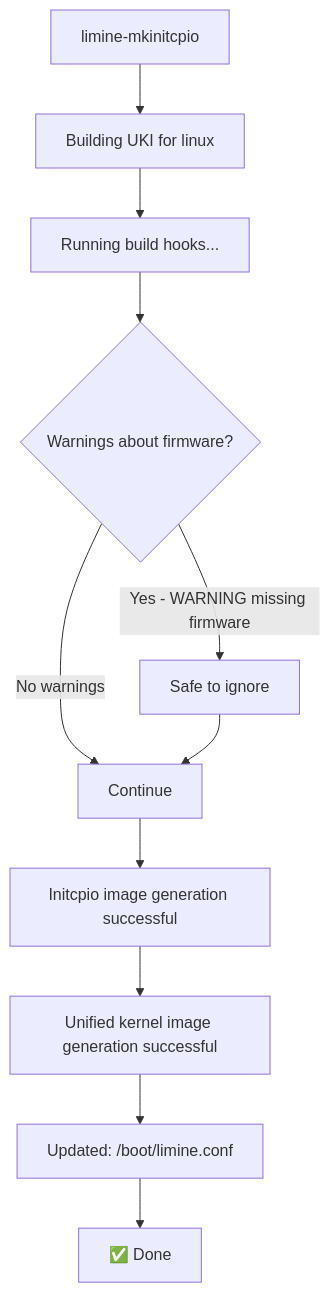
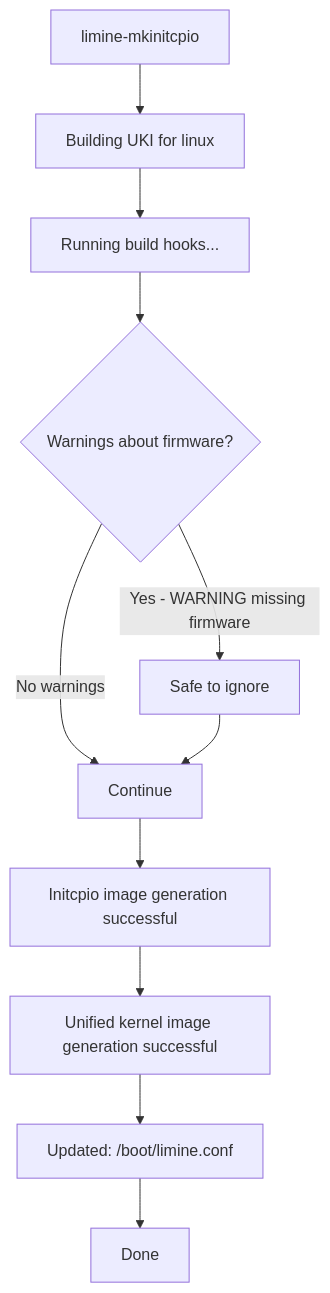
Before and after one commit to infat0x/infat0x.github.io: the fifth of 6 diagrams in content/blog/fixing-omarchy-stuck-at-boot.md, drawn with Mermaid. The commit also changed other lines of this file and 7 other files, not shown here.

Commit message:
Sort blogs chronologically, place glowing cat on homepage, and eliminate mermaid syntax errors

````diff
--- a/content/blog/fixing-omarchy-stuck-at-boot.md
+++ b/content/blog/fixing-omarchy-stuck-at-boot.md
@@ -194,13 +194,13 @@
 ```mermaid
 flowchart TD
-    A[limine-mkinitcpio] --> B[Building UKI for linux]
-    B --> C[Running build hooks...]
-    C --> D{Warnings about firmware?}
-    D -->|Yes - WARNING missing firmware| E[Safe to ignore]
-    D -->|No warnings| F[Continue]
+    A["limine-mkinitcpio"] --> B["Building UKI for linux"]
+    B --> C["Running build hooks..."]
+    C --> D{"Warnings about firmware?"}
+    D -->|"Yes - WARNING missing firmware"| E["Safe to ignore"]
+    D -->|"No warnings"| F["Continue"]
     E --> F
-    F --> G[Initcpio image generation successful]
-    G --> H[Unified kernel image generation successful]
-    H --> I[Updated: /boot/limine.conf]
-    I --> J[✅ Done]
+    F --> G["Initcpio image generation successful"]
+    G --> H["Unified kernel image generation successful"]
+    H --> I["Updated: /boot/limine.conf"]
+    I --> J["Done"]
 ```
````
